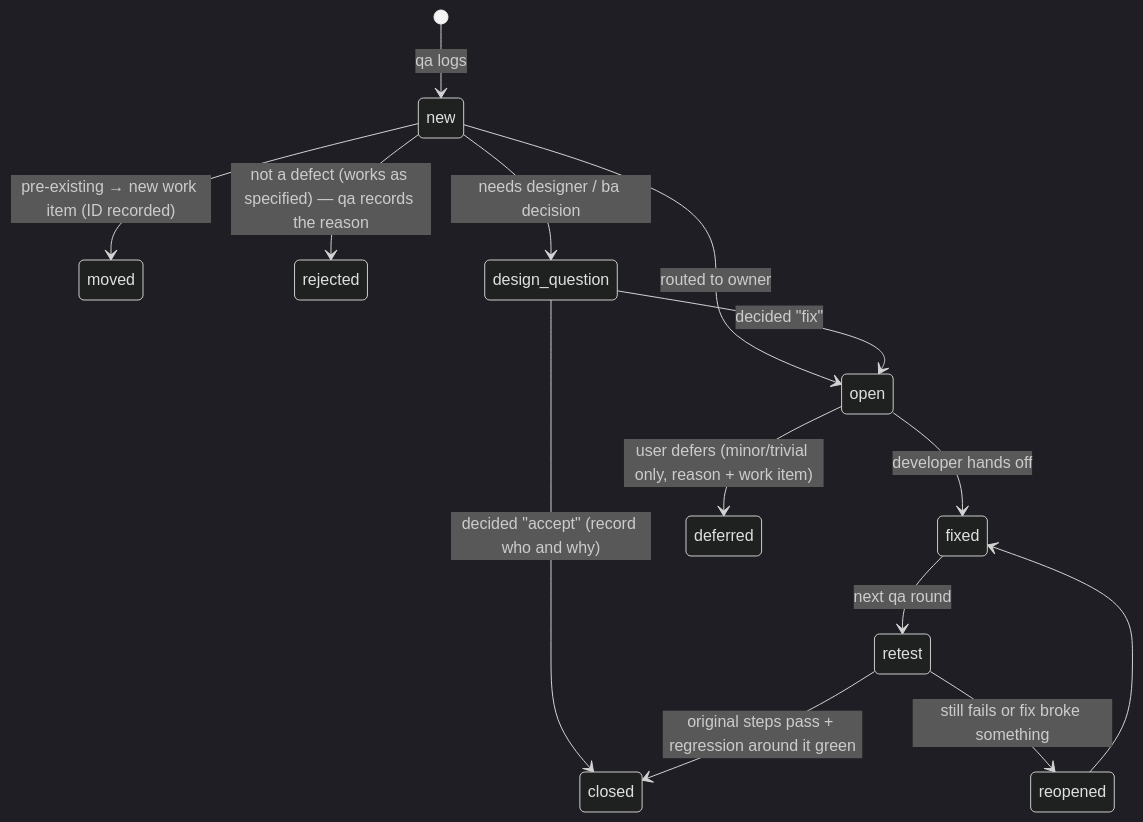
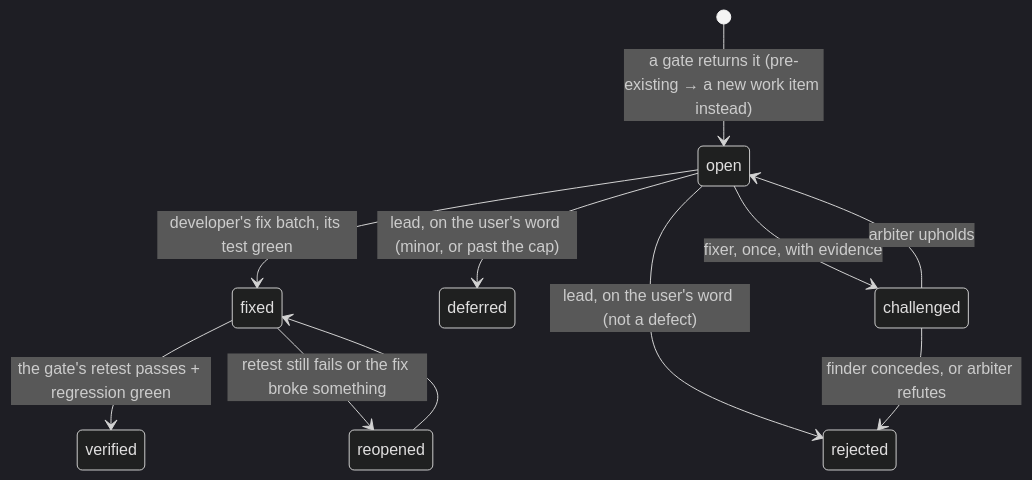
The diagram in plugins/team/skills/test-process/references/defects-and-reports.md (Tuan-Quyen/technical-teams), drawn with Mermaid (dark theme) before and after one commit. The commit also changed other lines of this file and 130 other files, not shown here.

````diff
--- a/plugins/team/skills/test-process/references/defects-and-reports.md
+++ b/plugins/team/skills/test-process/references/defects-and-reports.md
@@ -54,16 +44,13 @@
 ```mermaid
 stateDiagram-v2
-  [*] --> new: qa logs
-  new --> open: routed to owner
-  new --> moved: pre-existing → new work item (ID recorded)
-  new --> rejected: not a defect (works as specified) — qa records the reason
-  new --> design_question: needs designer / ba decision
-  design_question --> open: decided "fix"
-  design_question --> closed: decided "accept" (record who and why)
-  open --> fixed: developer hands off
-  fixed --> retest: next qa round
-  retest --> closed: original steps pass + regression around it green
-  retest --> reopened: still fails or fix broke something
+  [*] --> open: a gate returns it (pre-existing → a new work item instead)
+  open --> fixed: developer's fix batch, its test green
+  fixed --> verified: the gate's retest passes + regression green
+  fixed --> reopened: retest still fails or the fix broke something
   reopened --> fixed
-  open --> deferred: user defers (minor/trivial only, reason + work item)
+  open --> deferred: lead, on the user's word (minor, or past the cap)
+  open --> rejected: lead, on the user's word (not a defect)
+  open --> challenged: fixer, once, with evidence
+  challenged --> rejected: finder concedes, or arbiter refutes
+  challenged --> open: arbiter upholds
 ```
````
